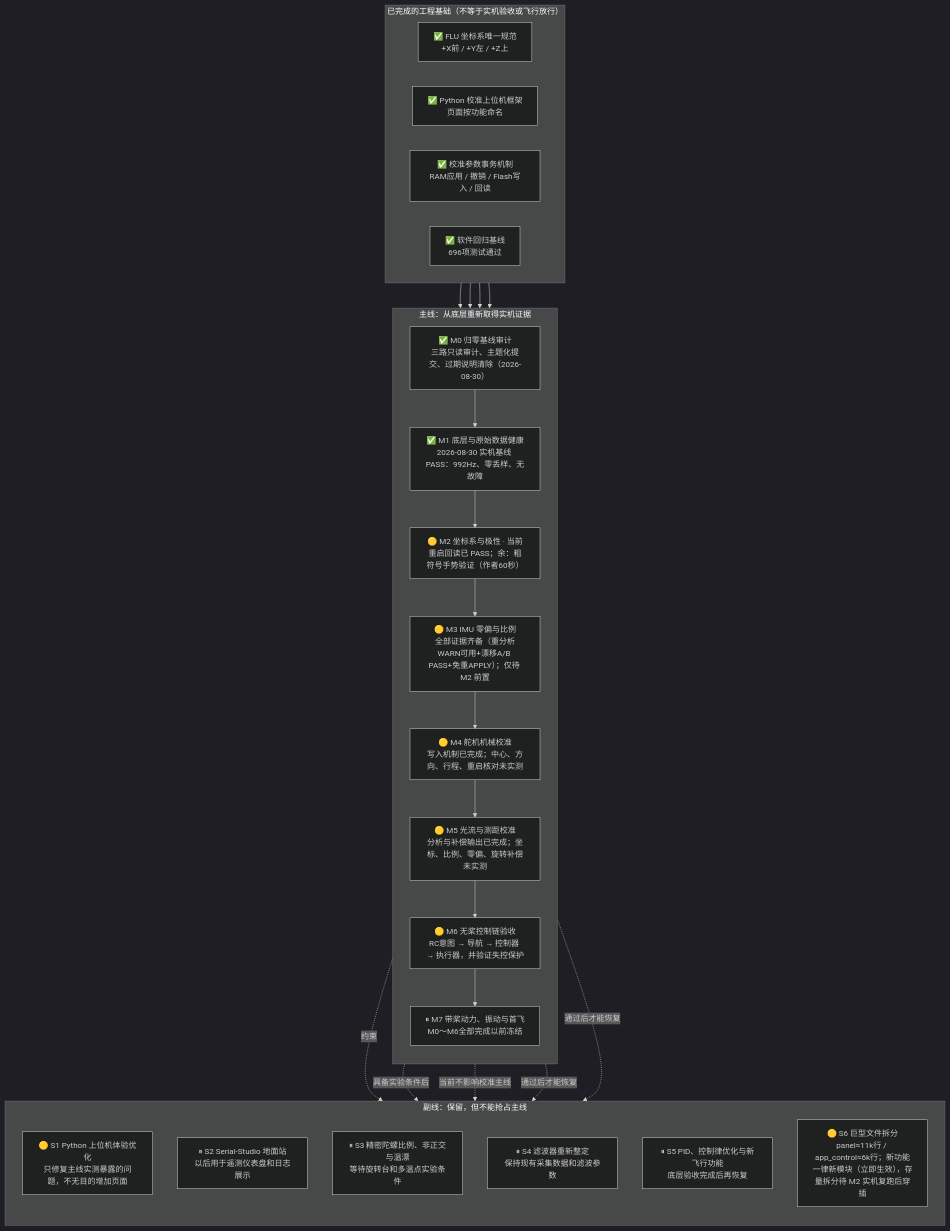
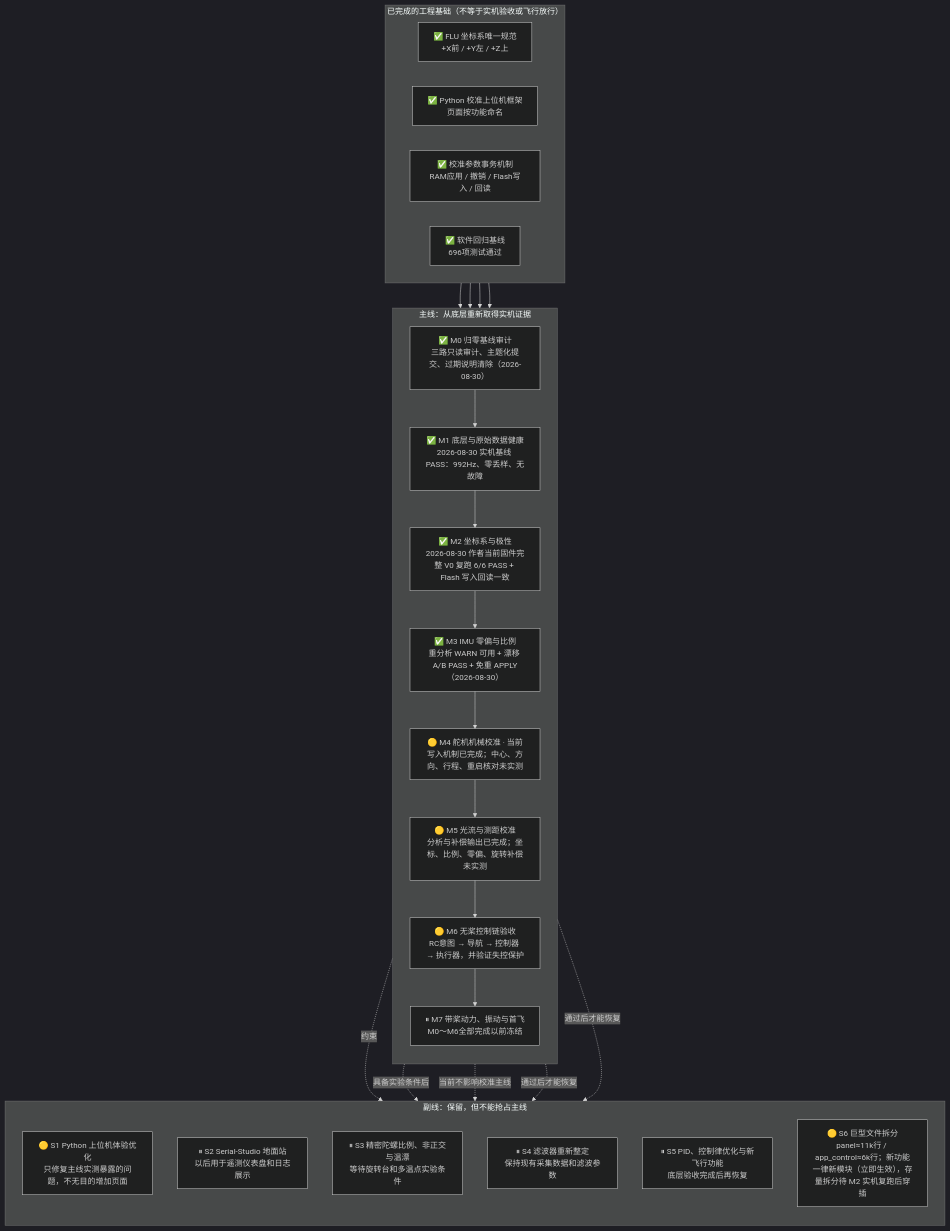
The diagram in PIPELINE.md (ThroneTLE/drone-H743), drawn with Mermaid (dark theme) before and after one commit. The commit also changed other lines of this file and 1 other file, not shown here.

First line of the commit message:
docs(pipeline): M2 作者完整 V0 复跑 PASS、M3 前置解除——双双置绿，主线推进至 M4

````diff
--- a/PIPELINE.md
+++ b/PIPELINE.md
@@ -16,44 +16,44 @@
 ```mermaid
 flowchart TB
     subgraph BASE["已完成的工程基础（不等于实机验收或飞行放行）"]
         direction LR
         B1["✅ FLU 坐标系唯一规范<br/>+X前 / +Y左 / +Z上"]
         B2["✅ Python 校准上位机框架<br/>页面按功能命名"]
         B3["✅ 校准参数事务机制<br/>RAM应用 / 撤销 / Flash写入 / 回读"]
         B4["✅ 软件回归基线<br/>696项测试通过"]
     end
 
     subgraph MAIN["主线：从底层重新取得实机证据"]
         direction TB
         M0["✅ M0 归零基线审计<br/>三路只读审计、主题化提交、过期说明清除（2026-08-30）"]
         M1["✅ M1 底层与原始数据健康<br/>2026-08-30 实机基线 PASS：992Hz、零丢样、无故障"]
-        M2["🟡 M2 坐标系与极性 · 当前<br/>重启回读已 PASS；余：粗符号手势验证（作者60秒）"]
-        M3["🟡 M3 IMU 零偏与比例<br/>全部证据齐备（重分析WARN可用+漂移A/B PASS+免重APPLY）；仅待 M2 前置"]
-        M4["🟡 M4 舵机机械校准<br/>写入机制已完成；中心、方向、行程、重启核对未实测"]
+        M2["✅ M2 坐标系与极性<br/>2026-08-30 作者当前固件完整 V0 复跑 6/6 PASS + Flash 写入回读一致"]
+        M3["✅ M3 IMU 零偏与比例<br/>重分析 WARN 可用 + 漂移 A/B PASS + 免重 APPLY（2026-08-30）"]
+        M4["🟡 M4 舵机机械校准 · 当前<br/>写入机制已完成；中心、方向、行程、重启核对未实测"]
         M5["🟡 M5 光流与测距校准<br/>分析与补偿输出已完成；坐标、比例、零偏、旋转补偿未实测"]
         M6["🟡 M6 无桨控制链验收<br/>RC意图 → 导航 → 控制器 → 执行器，并验证失控保护"]
         M7["⏸ M7 带桨动力、振动与首飞<br/>M0～M6全部完成以前冻结"]
         M0 --> M1 --> M2 --> M3 --> M4 --> M5 --> M6 --> M7
     end
 
     B1 --> M0
     B2 --> M0
     B3 --> M0
     B4 --> M0
 
     subgraph SIDE["副线：保留，但不能抢占主线"]
         direction TB
         S1["🟡 S1 Python 上位机体验优化<br/>只修复主线实测暴露的问题，不无目的增加页面"]
         S2["⏸ S2 Serial-Studio 地面站<br/>以后用于遥测仪表盘和日志展示"]
         S3["⏸ S3 精密陀螺比例、非正交与温漂<br/>等待旋转台和多温点实验条件"]
         S4["⏸ S4 滤波器重新整定<br/>保持现有采集数据和滤波参数"]
         S5["⏸ S5 PID、控制律优化与新飞行功能<br/>底层验收完成后再恢复"]
         S6["🟡 S6 巨型文件拆分<br/>panel≈11k行 / app_control≈6k行；新功能一律新模块（立即生效），存量拆分待 M2 实机复跑后穿插"]
     end
 
     M0 -.约束.-> S1
     M1 -.具备实验条件后.-> S3
     M5 -.当前不影响校准主线.-> S2
     M6 -.通过后才能恢复.-> S4
     M6 -.通过后才能恢复.-> S5
 ```
````
